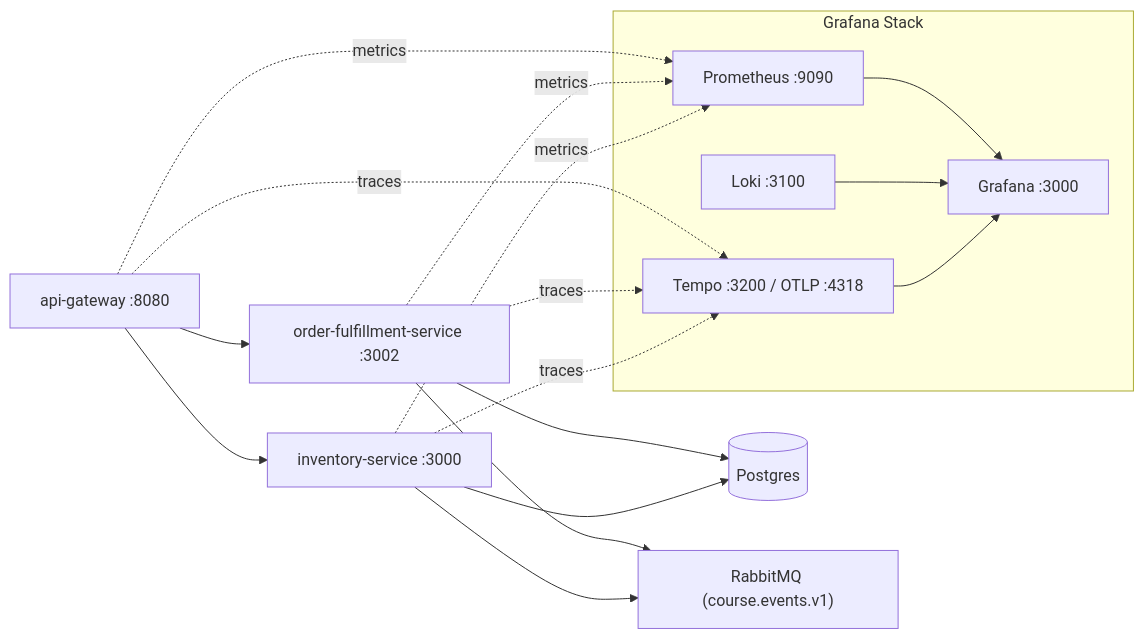
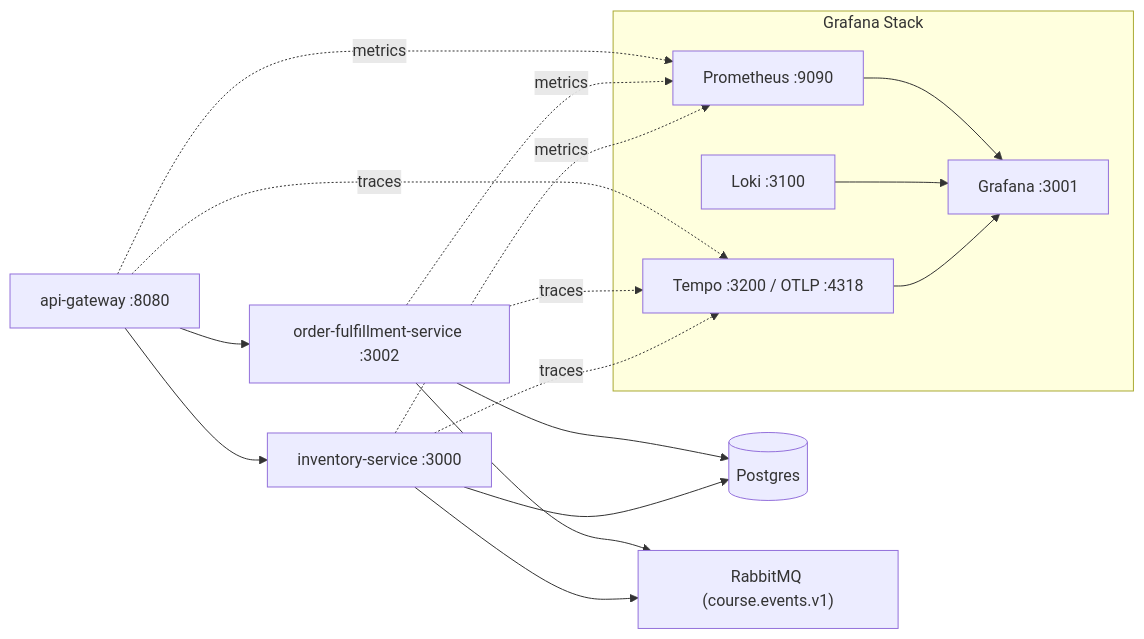
One commit to kevinmamaqi/curso-ddd-2026 changed the diagram in project/README.md. Above: the diagram before and after it, drawn with Mermaid. The commit also changed 3 other files, not shown here.

````diff
--- a/project/README.md
+++ b/project/README.md
@@ -11,28 +11,28 @@
 ```mermaid
 flowchart LR
   G["api-gateway :8080"] --> F["order-fulfillment-service :3002"]
   G --> I["inventory-service :3000"]
 
   F --> PG[(Postgres)]
   I --> PG
 
   F --> MQ["RabbitMQ (course.events.v1)"]
   I --> MQ
 
   subgraph Obs["Grafana Stack"]
     P["Prometheus :9090"]
     L["Loki :3100"]
     T["Tempo :3200 / OTLP :4318"]
-    GF["Grafana :3000"]
+    GF["Grafana :3001"]
   end
 
   G -. metrics .-> P
   G -. traces .-> T
   F -. metrics .-> P
   I -. metrics .-> P
   F -. traces .-> T
   I -. traces .-> T
   P --> GF
   L --> GF
   T --> GF
 ```
````
